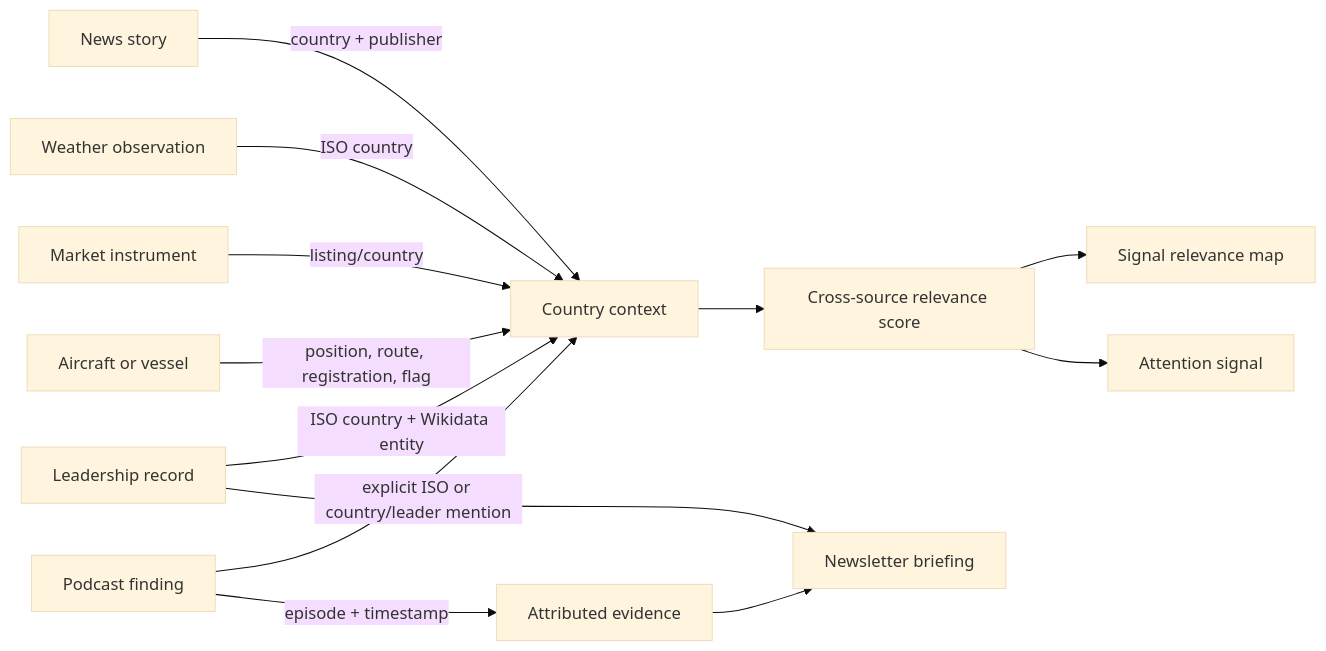
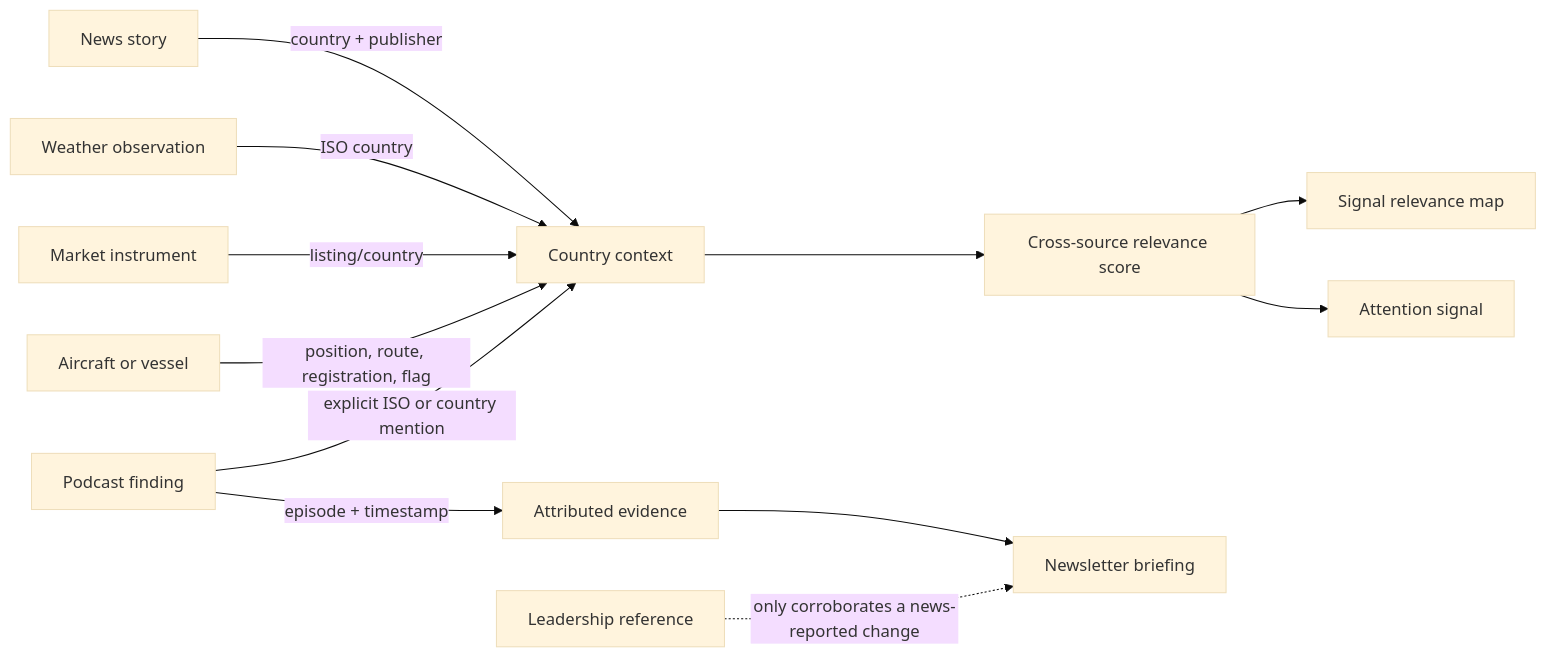
Before and after one commit to eojgroup/claritas: the second of 2 diagrams in docs/architecture/cross-device-design.md, drawn with Mermaid (base theme). The commit also changed other lines of this file and 15 other files, not shown here.

Commit message:
Improve news leadership and transport tracking

````diff
--- a/docs/architecture/cross-device-design.md
+++ b/docs/architecture/cross-device-design.md
@@ -61,15 +60,14 @@
 ```mermaid
 flowchart LR
   Story[News story] -->|country + publisher| Country[Country context]
   Weather[Weather observation] -->|ISO country| Country
   Market[Market instrument] -->|listing/country| Country
-  Leader[Leadership record] -->|ISO country + Wikidata entity| Country
   Transport[Aircraft or vessel] -->|position, route, registration, flag| Country
-  Podcast[Podcast finding] -->|explicit ISO or country/leader mention| Country
+  Podcast[Podcast finding] -->|explicit ISO or country mention| Country
   Podcast -->|episode + timestamp| Evidence[Attributed evidence]
   Country --> Score[Cross-source relevance score]
   Score --> Map[Signal relevance map]
   Score --> Queue[Attention signal]
   Evidence --> Brief[Newsletter briefing]
-  Leader --> Brief
+  Leader[Leadership reference] -. only corroborates a news-reported change .-> Brief
 ```
````
